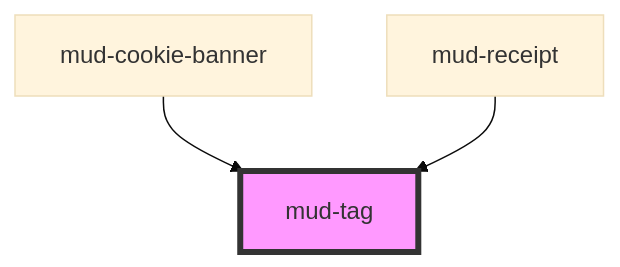
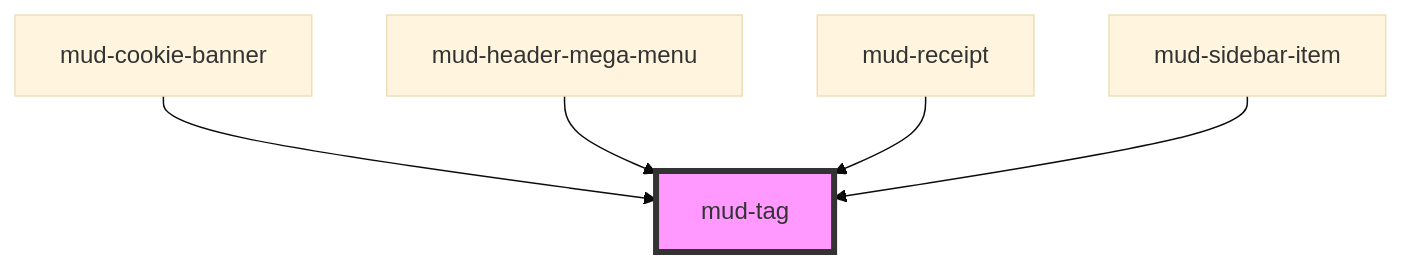
The diagram in src/components/mud-tag/readme.md (egov-moldova/design-system), drawn with Mermaid (base theme) before and after one commit. The commit also changed other lines of this file and 153 other files, not shown here.

````diff
--- a/src/components/mud-tag/readme.md
+++ b/src/components/mud-tag/readme.md
@@ -65,6 +67,8 @@
 ```mermaid
 graph TD;
   mud-cookie-banner --> mud-tag
+  mud-header-mega-menu --> mud-tag
   mud-receipt --> mud-tag
+  mud-sidebar-item --> mud-tag
   style mud-tag fill:#f9f,stroke:#333,stroke-width:4px
 ```
````
